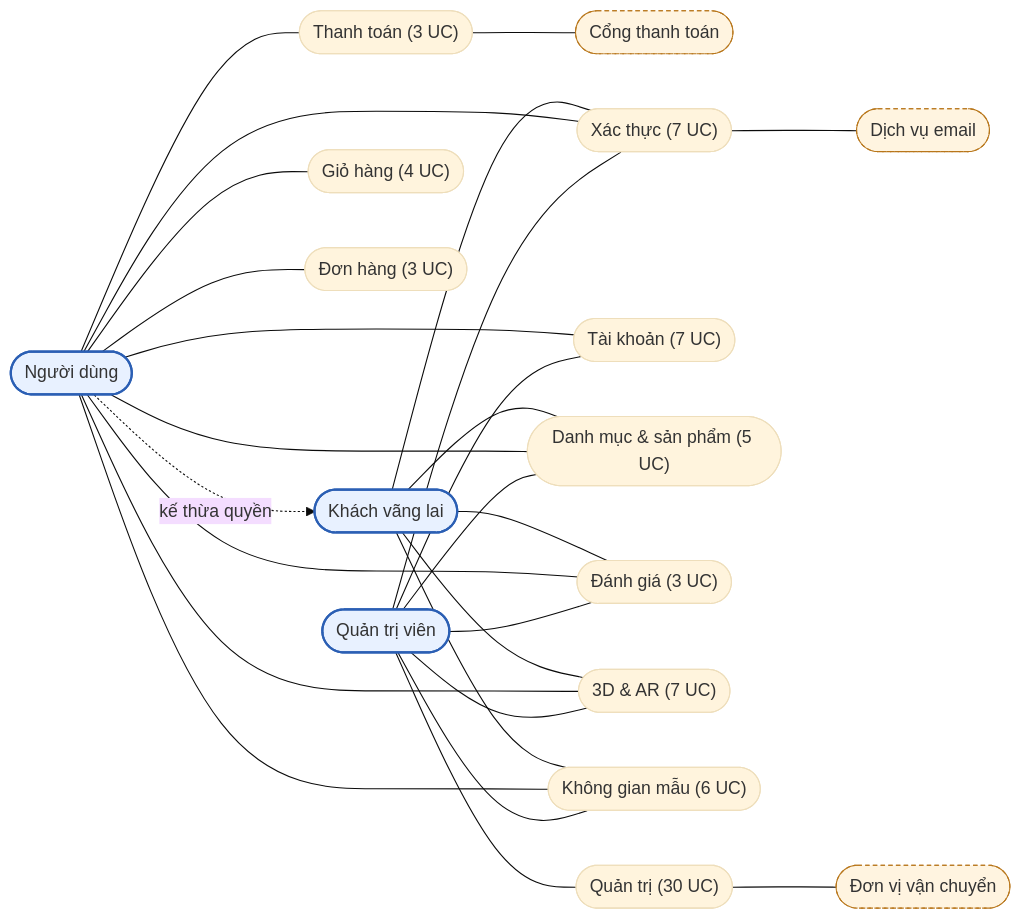
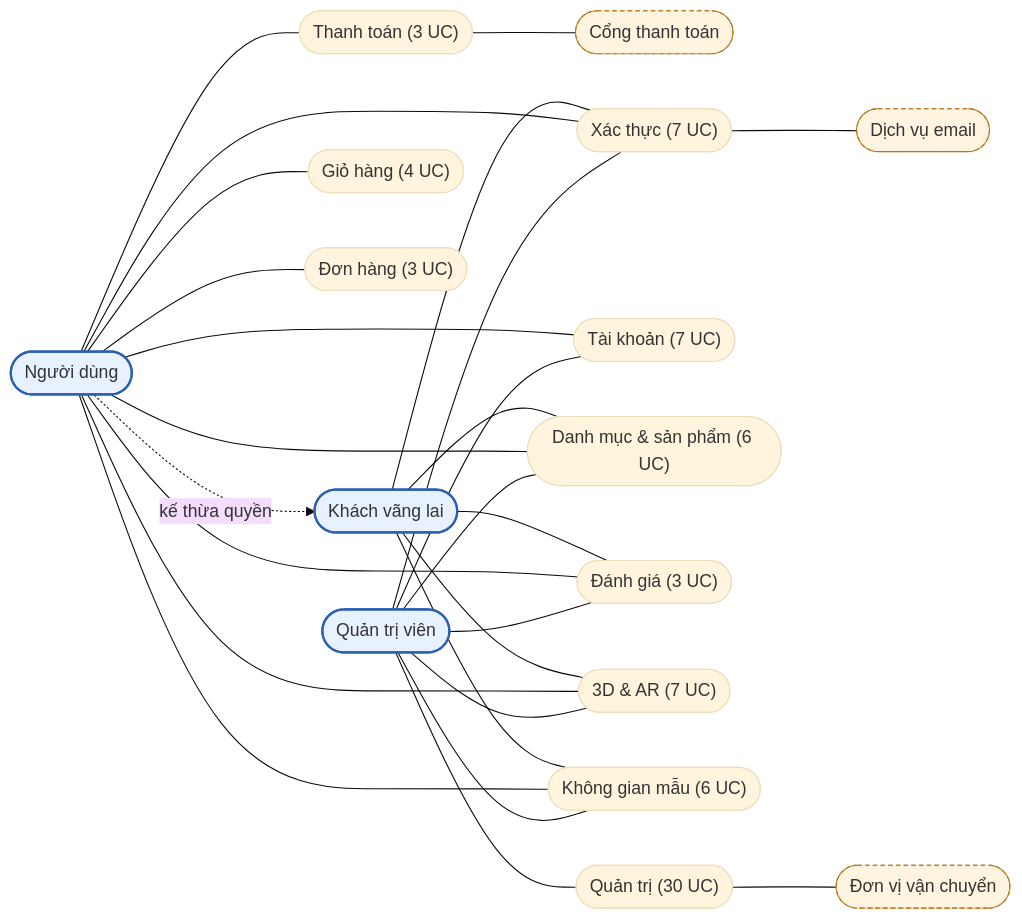
The first of 13 diagrams in docs/DAC_TA_CHUC_NANG_THEO_VAI_TRO.md (2431540234-arch/XDUDTMDT), drawn with Mermaid (base theme) before and after one commit. The commit also changed other lines of this file, not shown here.

````diff
--- a/docs/DAC_TA_CHUC_NANG_THEO_VAI_TRO.md
+++ b/docs/DAC_TA_CHUC_NANG_THEO_VAI_TRO.md
@@ -268,46 +270,46 @@
 ```mermaid
 flowchart LR
     K(["Khách vãng lai"]):::actor
     N(["Người dùng"]):::actor
     A(["Quản trị viên"]):::actor
     GW(["Cổng thanh toán"]):::ext
     SH(["Đơn vị vận chuyển"]):::ext
     EM(["Dịch vụ email"]):::ext
     N -. "kế thừa quyền" .-> K
     G_AUTH(["Xác thực (7 UC)"])
     G_ACC(["Tài khoản (7 UC)"])
-    G_CAT(["Danh mục & sản phẩm (5 UC)"])
+    G_CAT(["Danh mục & sản phẩm (6 UC)"])
     G_CART(["Giỏ hàng (4 UC)"])
     G_ORD(["Đơn hàng (3 UC)"])
     G_PAY(["Thanh toán (3 UC)"])
     G_REV(["Đánh giá (3 UC)"])
     G_D3(["3D & AR (7 UC)"])
     G_SPACE(["Không gian mẫu (6 UC)"])
     G_ADM(["Quản trị (30 UC)"])
     K --- G_AUTH
     N --- G_AUTH
     A --- G_AUTH
     N --- G_ACC
     A --- G_ACC
     K --- G_CAT
     N --- G_CAT
     A --- G_CAT
     N --- G_CART
     N --- G_ORD
     N --- G_PAY
     K --- G_REV
     N --- G_REV
     A --- G_REV
     K --- G_D3
     N --- G_D3
     A --- G_D3
     K --- G_SPACE
     N --- G_SPACE
     A --- G_SPACE
     A --- G_ADM
     G_PAY --- GW
     G_ADM --- SH
     G_AUTH --- EM
     classDef actor fill:#e8f1ff,stroke:#2b5fb4,stroke-width:2px
     classDef ext fill:#fff4e0,stroke:#b8761a,stroke-dasharray: 4 3
 ```
````
